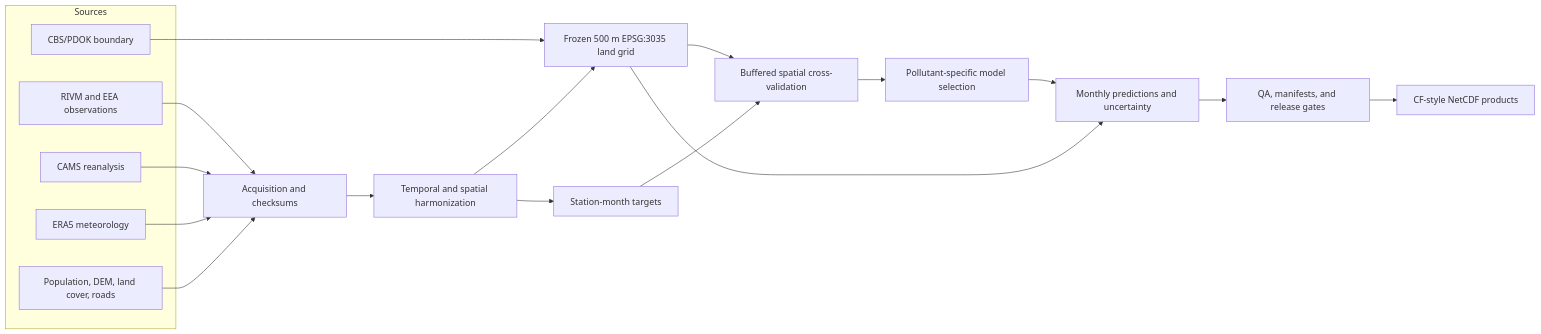
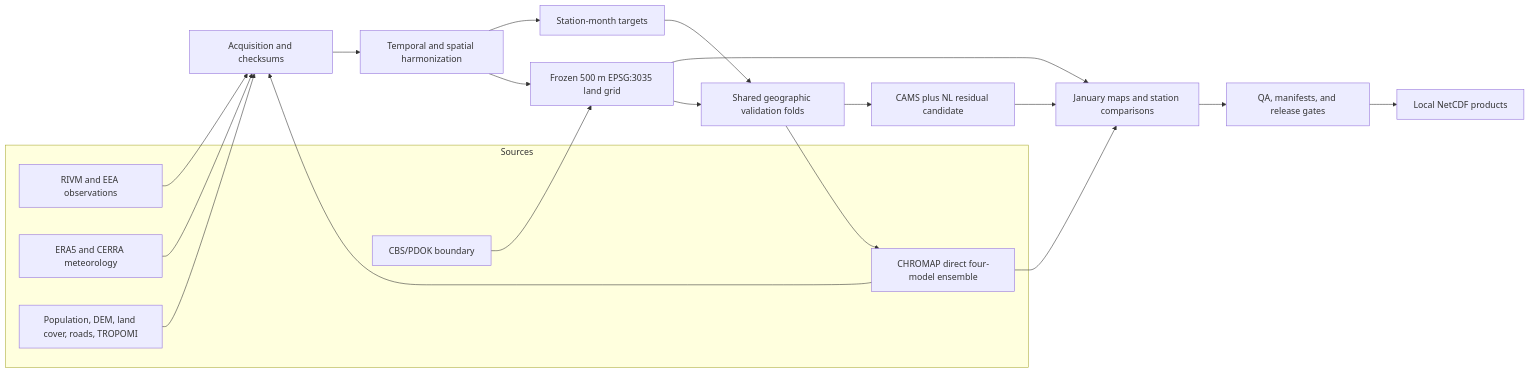
The first of 3 diagrams in docs/ARCHITECTURE.md (athithyai/NL-chromap), drawn with Mermaid before and after one commit. The commit also changed other lines of this file and 16 other files, not shown here.

````diff
--- a/docs/ARCHITECTURE.md
+++ b/docs/ARCHITECTURE.md
@@ -9,35 +10,38 @@
 ```mermaid
 flowchart LR
     subgraph Sources
       R[RIVM and EEA observations]
       C[CAMS reanalysis]
-      E[ERA5 meteorology]
-      S[Population, DEM, land cover, roads]
+      E[ERA5 and CERRA meteorology]
+      S[Population, DEM, land cover, roads, TROPOMI]
       B[CBS/PDOK boundary]
     end
     A[Acquisition and checksums]
     H[Temporal and spatial harmonization]
     G[Frozen 500 m EPSG:3035 land grid]
     T[Station-month targets]
-    V[Buffered spatial cross-validation]
-    M[Pollutant-specific model selection]
-    P[Monthly predictions and uncertainty]
+    V[Shared geographic validation folds]
+    C[CHROMAP direct four-model ensemble]
+    M[CAMS plus NL residual candidate]
+    P[January maps and station comparisons]
     Q[QA, manifests, and release gates]
-    N[CF-style NetCDF products]
+    N[Local NetCDF products]
 
     R --> A
     C --> A
     E --> A
     S --> A
     B --> G
     A --> H
     H --> G
     H --> T
+    T --> V
     G --> V
-    T --> V
+    V --> C
     V --> M
+    C --> P
     M --> P
     G --> P
     P --> Q
     Q --> N
 ```
````
